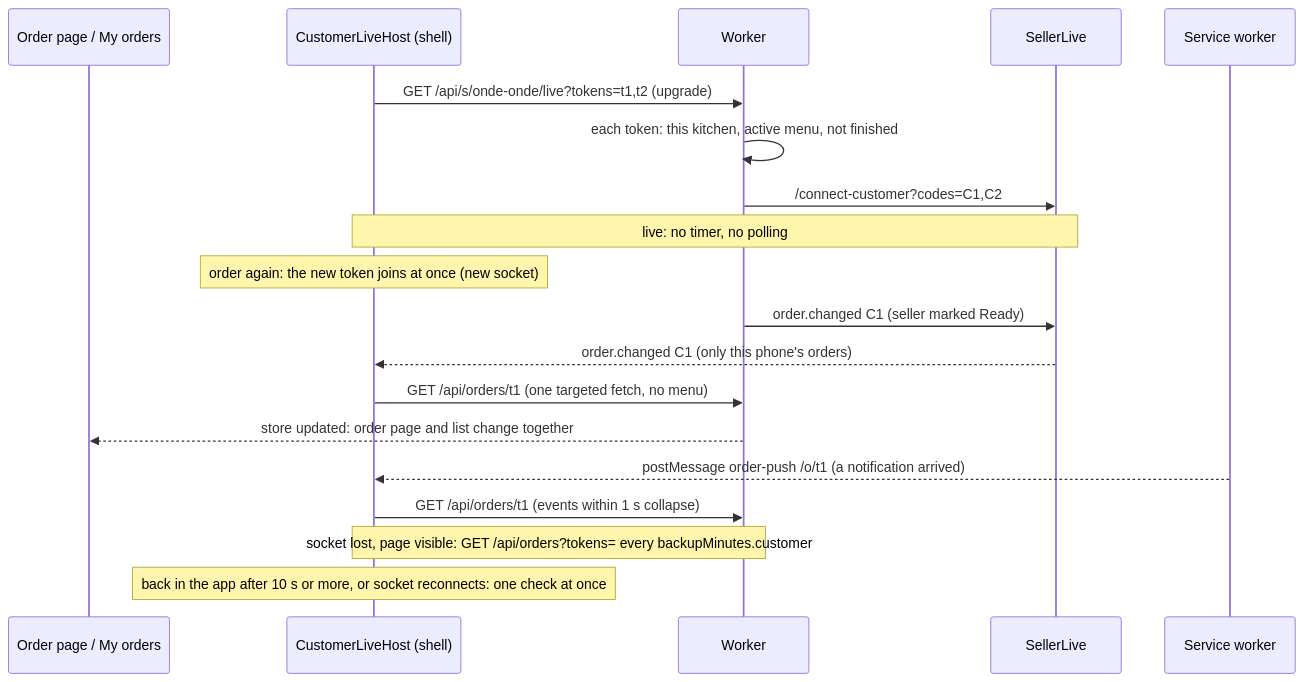
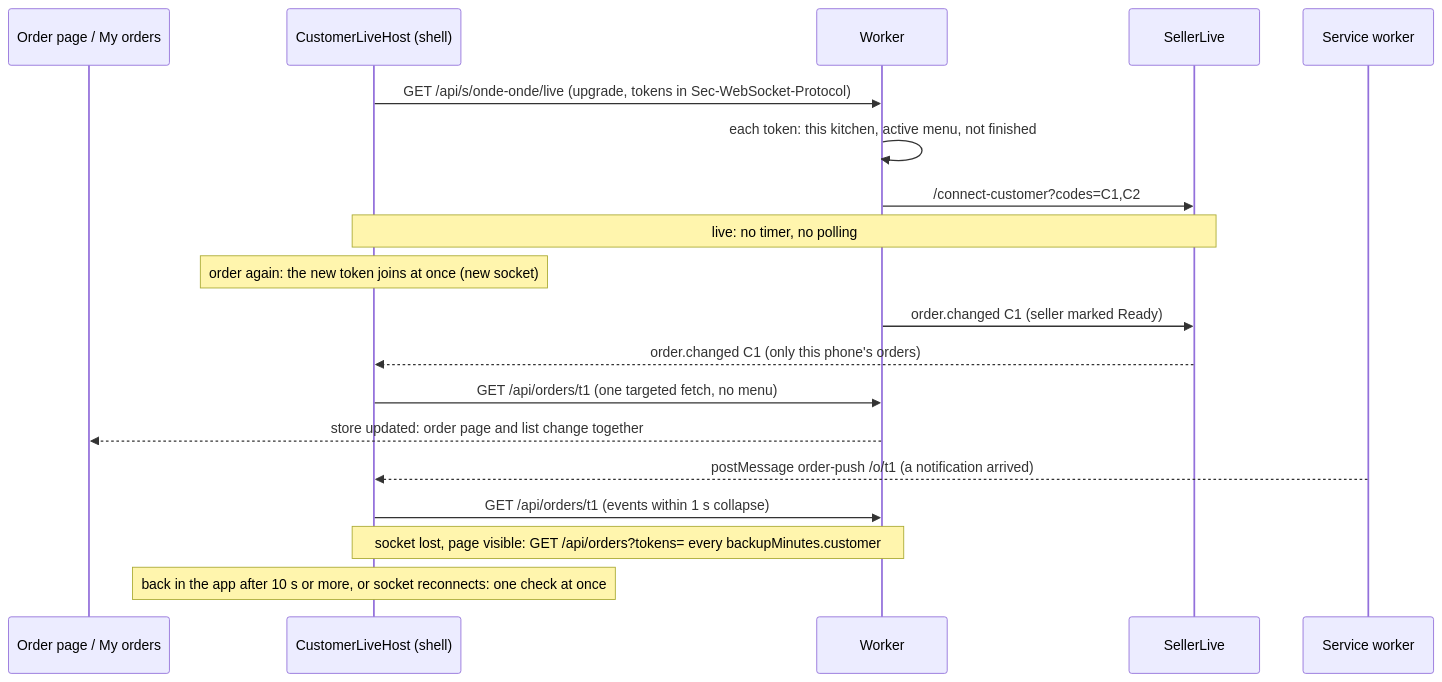
One commit to Andra-Parwita/OrderingApp changed diagram 11 of 11 in docs/architecture/sequences.md. Above: the diagram before and after it, drawn with Mermaid. The commit also changed other lines of this file and 182 other files, not shown here.

````diff
--- a/docs/architecture/sequences.md
+++ b/docs/architecture/sequences.md
@@ -294,21 +294,21 @@
 ```mermaid
 sequenceDiagram
     participant P as Order page / My orders
     participant H as CustomerLiveHost (shell)
     participant W as Worker
     participant DO as SellerLive
     participant SW as Service worker
-    H->>W: GET /api/s/onde-onde/live?tokens=t1,t2 (upgrade)
+    H->>W: GET /api/s/onde-onde/live (upgrade, tokens in Sec-WebSocket-Protocol)
     W->>W: each token: this kitchen, active menu, not finished
     W->>DO: /connect-customer?codes=C1,C2
     Note over H,DO: live: no timer, no polling
     Note over H: order again: the new token joins at once (new socket)
     W->>DO: order.changed C1 (seller marked Ready)
     DO-->>H: order.changed C1 (only this phone's orders)
     H->>W: GET /api/orders/t1 (one targeted fetch, no menu)
     W-->>P: store updated: order page and list change together
     SW-->>H: postMessage order-push /o/t1 (a notification arrived)
     H->>W: GET /api/orders/t1 (events within 1 s collapse)
     Note over H,W: socket lost, page visible: GET /api/orders?tokens= every backupMinutes.customer
     Note over H: back in the app after 10 s or more, or socket reconnects: one check at once
 ```
````
